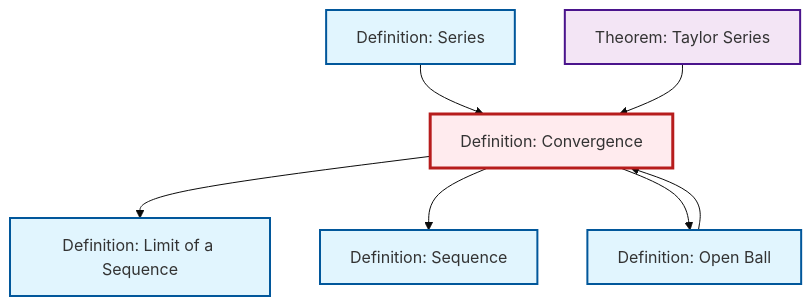
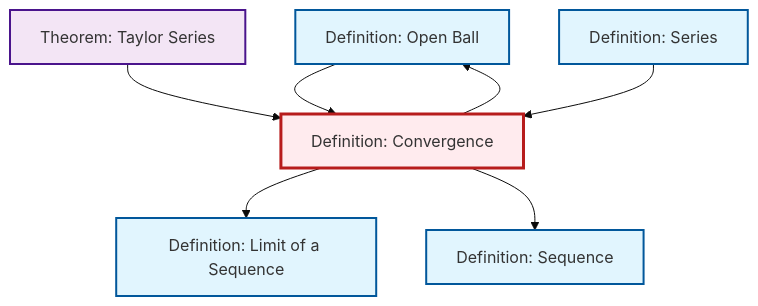
Before and after one commit to RK0429/ModernMath: the diagram in content/en/analysis/def-convergence.qmd, drawn with Mermaid (base theme). The commit also changed other lines of this file and 328 other files, not shown here.

````diff
--- a/content/en/analysis/def-convergence.qmd
+++ b/content/en/analysis/def-convergence.qmd
@@ -82,27 +82,27 @@
 ```{mermaid}
 %%| fig-cap: "Local dependency graph"
 graph TD
     classDef definition fill:#e1f5fe,stroke:#01579b,stroke-width:2px
     classDef theorem fill:#f3e5f5,stroke:#4a148c,stroke-width:2px
     classDef axiom fill:#fff3e0,stroke:#e65100,stroke-width:2px
     classDef example fill:#e8f5e9,stroke:#1b5e20,stroke-width:2px
     classDef current fill:#ffebee,stroke:#b71c1c,stroke-width:3px
+    def-open-ball["Definition: Open Ball"]:::definition
     def-limit["Definition: Limit of a Sequence"]:::definition
+    def-sequence["Definition: Sequence"]:::definition
     def-convergence["Definition: Convergence"]:::definition
-    def-open-ball["Definition: Open Ball"]:::definition
     def-series["Definition: Series"]:::definition
-    def-sequence["Definition: Sequence"]:::definition
     thm-taylor-series["Theorem: Taylor Series"]:::theorem
     def-convergence --> def-limit
-    def-series --> def-convergence
+    def-open-ball --> def-convergence
+    thm-taylor-series --> def-convergence
     def-convergence --> def-sequence
     def-convergence --> def-open-ball
-    thm-taylor-series --> def-convergence
-    def-open-ball --> def-convergence
+    def-series --> def-convergence
     class def-convergence current
+    click def-open-ball "def-open-ball.html" "Go to Open Ball definition"
     click def-limit "def-limit.html" "Go to Limit of a Sequence definition"
-    click def-open-ball "def-open-ball.html" "Go to Open Ball definition"
+    click def-sequence "def-sequence.html" "Go to Sequence definition"
     click def-series "def-series.html" "Go to Series definition"
-    click def-sequence "def-sequence.html" "Go to Sequence definition"
     click thm-taylor-series "thm-taylor-series.html" "Go to Taylor Series theorem"
 ```
````
